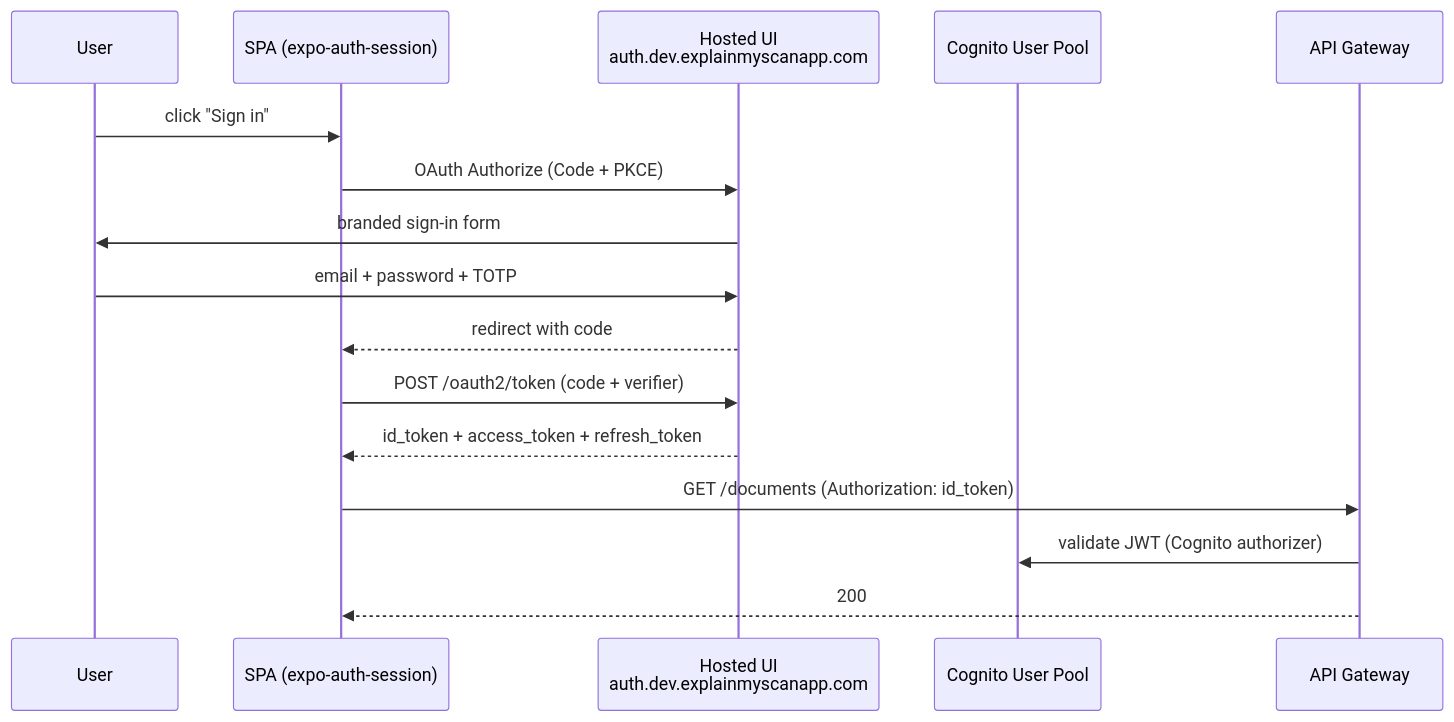
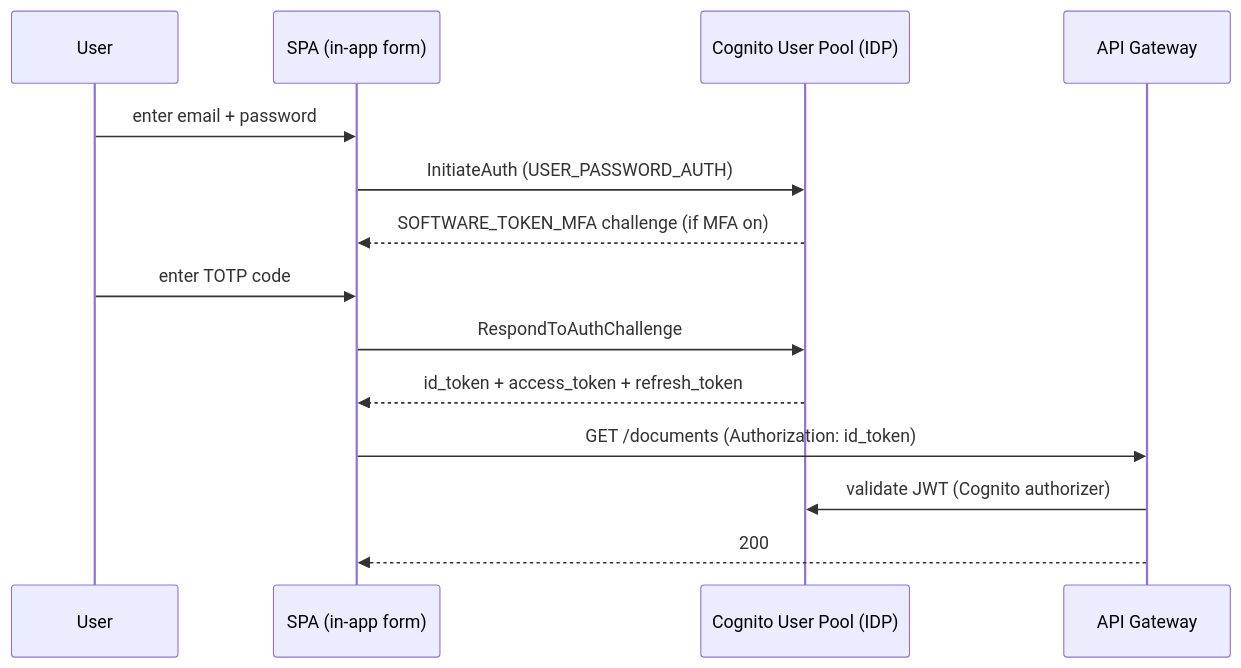
Before and after one commit to Bryson2809/explainmyreports-overview: the third of 3 diagrams in README.md, drawn with Mermaid. The commit also changed other lines of this file and 11 other files, not shown here.

````diff
--- a/README.md
+++ b/README.md
@@ -164,19 +171,17 @@
 ```mermaid
 sequenceDiagram
     participant U as User
-    participant SPA as SPA (expo-auth-session)
-    participant HUI as Hosted UI<br/>auth.dev.explainmyscanapp.com
-    participant Pool as Cognito User Pool
+    participant SPA as SPA (in-app form)
+    participant Pool as Cognito User Pool (IDP)
     participant API as API Gateway
 
-    U->>SPA: click "Sign in"
-    SPA->>HUI: OAuth Authorize (Code + PKCE)
-    HUI->>U: branded sign-in form
-    U->>HUI: email + password + TOTP
-    HUI-->>SPA: redirect with code
-    SPA->>HUI: POST /oauth2/token (code + verifier)
-    HUI-->>SPA: id_token + access_token + refresh_token
+    U->>SPA: enter email + password
+    SPA->>Pool: InitiateAuth (USER_PASSWORD_AUTH)
+    Pool-->>SPA: SOFTWARE_TOKEN_MFA challenge (if MFA on)
+    U->>SPA: enter TOTP code
+    SPA->>Pool: RespondToAuthChallenge
+    Pool-->>SPA: id_token + access_token + refresh_token
     SPA->>API: GET /documents (Authorization: id_token)
     API->>Pool: validate JWT (Cognito authorizer)
     API-->>SPA: 200
 ```
````
